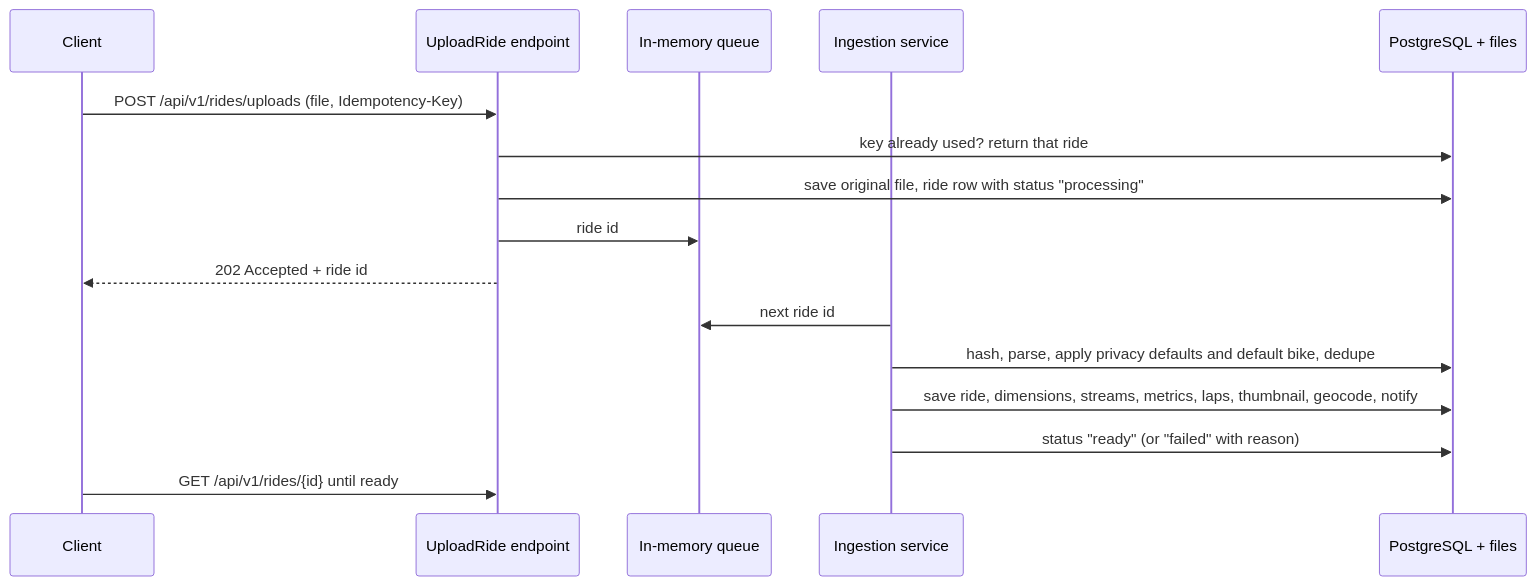
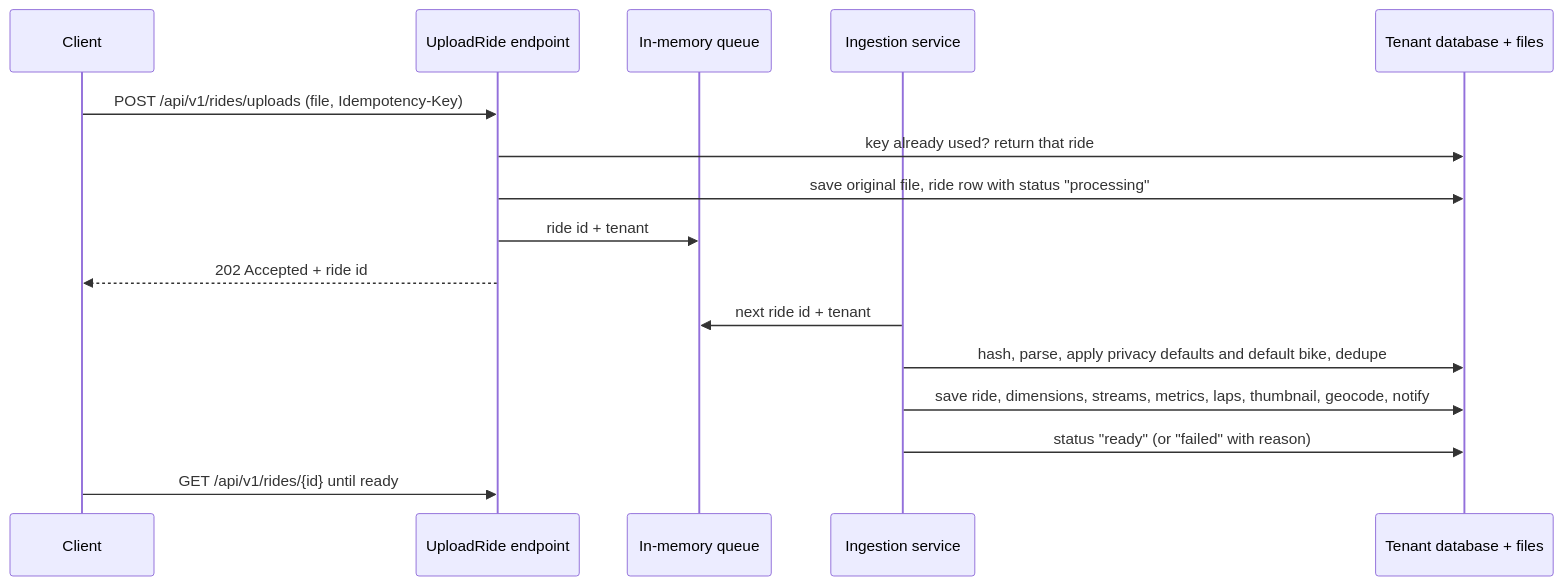
One commit to zenkraker/Velomine changed the second of 4 diagrams in docs/architecture.md. Above: the diagram before and after it, drawn with Mermaid. The commit also changed other lines of this file and 78 other files, not shown here.

````diff
--- a/docs/architecture.md
+++ b/docs/architecture.md
@@ -89,19 +109,19 @@
 ```mermaid
 sequenceDiagram
   participant C as Client
   participant E as UploadRide endpoint
   participant Q as In-memory queue
   participant W as Ingestion service
-  participant S as PostgreSQL + files
+  participant S as Tenant database + files
 
   C->>E: POST /api/v1/rides/uploads (file, Idempotency-Key)
   E->>S: key already used? return that ride
   E->>S: save original file, ride row with status "processing"
-  E->>Q: ride id
+  E->>Q: ride id + tenant
   E-->>C: 202 Accepted + ride id
-  W->>Q: next ride id
+  W->>Q: next ride id + tenant
   W->>S: hash, parse, apply privacy defaults and default bike, dedupe
   W->>S: save ride, dimensions, streams, metrics, laps, thumbnail, geocode, notify
   W->>S: status "ready" (or "failed" with reason)
   C->>E: GET /api/v1/rides/{id} until ready
 ```
````
